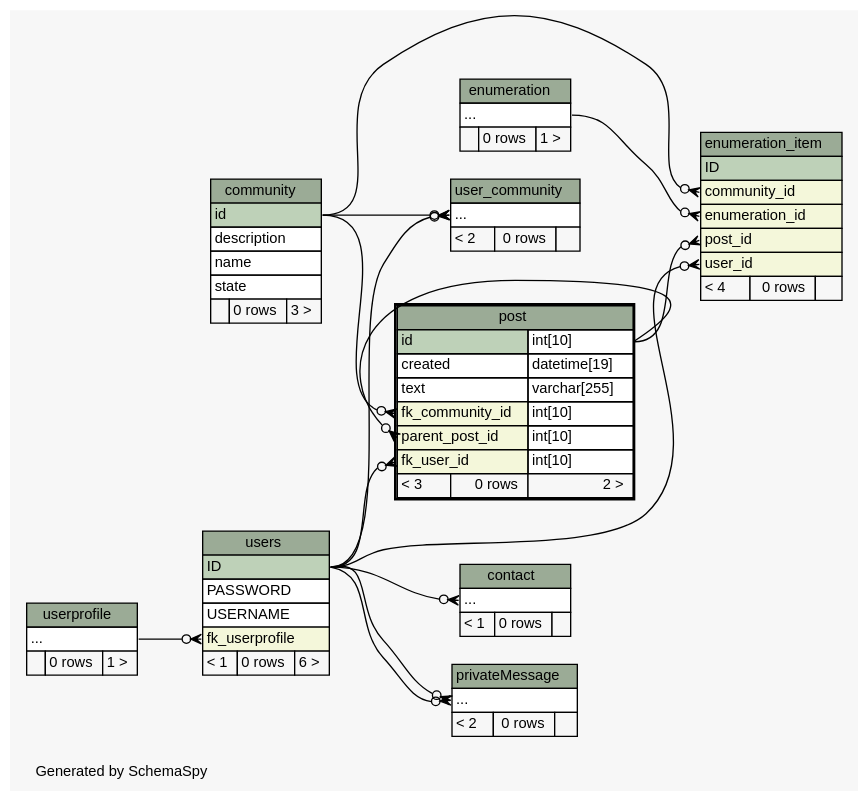
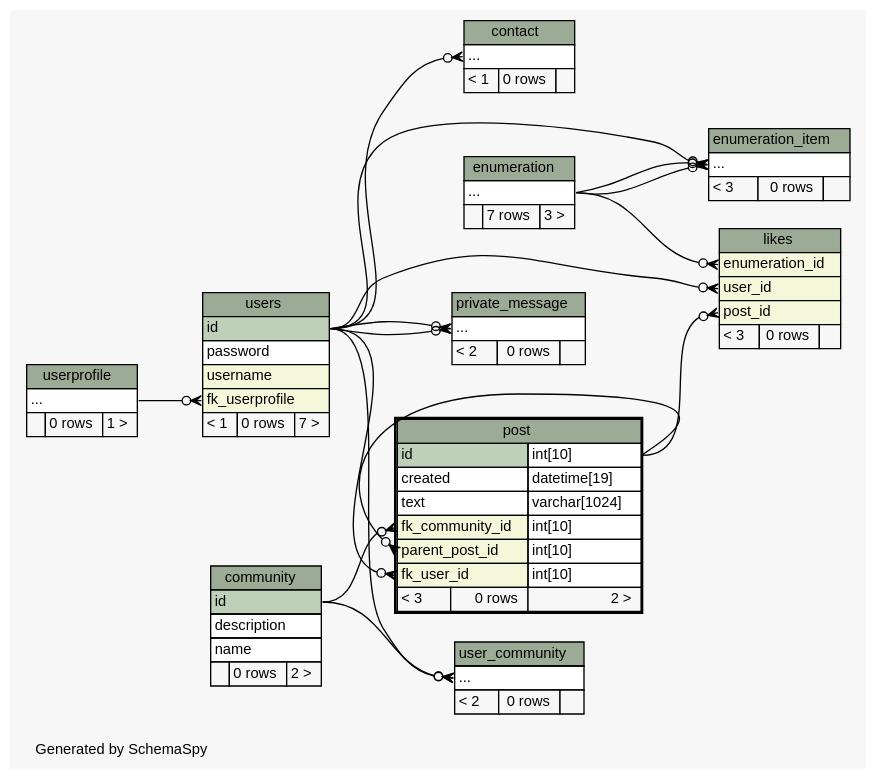
The diagram in doc/db_schema/diagrams/post.2degrees.dot (chr-krenn/chr-krenn-fhj-ws2017-sd17-pse), drawn with Graphviz before and after one commit. The commit also changed 65 other files, not shown here.

```diff
--- a/doc/db_schema/diagrams/post.2degrees.dot
+++ b/doc/db_schema/diagrams/post.2degrees.dot
@@ -1,140 +1,149 @@
 // dot 2.40.1 on Linux 4.12.5-300.fc26.x86_64
 // SchemaSpy rev 590
 digraph "twoDegreesRelationshipsDiagram" {
   graph [
     rankdir="RL"
     bgcolor="#f7f7f7"
     label="\nGenerated by SchemaSpy"
     labeljust="l"
     nodesep="0.18"
     ranksep="0.46"
     fontname="Helvetica"
     fontsize="11"
   ];
   node [
     fontname="Helvetica"
     fontsize="11"
     shape="plaintext"
   ];
   edge [
     arrowsize="0.8"
   ];
-  "contact":"elipses":w -> "users":"ID":e [arrowhead=none dir=back arrowtail=crowodot];
-  "enumeration_item":"community_id":w -> "community":"id":e [arrowhead=none dir=back arrowtail=crowodot];
-  "enumeration_item":"enumeration_id":w -> "enumeration":"elipses":e [arrowhead=none dir=back arrowtail=crowodot];
-  "enumeration_item":"post_id":w -> "post":"id.type":e [arrowhead=none dir=back arrowtail=crowodot];
-  "enumeration_item":"user_id":w -> "users":"ID":e [arrowhead=none dir=back arrowtail=crowodot];
+  "contact":"elipses":w -> "users":"id":e [arrowhead=none dir=back arrowtail=crowodot];
+  "enumeration_item":"elipses":w -> "users":"id":e [arrowhead=none dir=back arrowtail=crowodot];
+  "enumeration_item":"elipses":w -> "enumeration":"elipses":e [arrowhead=none dir=back arrowtail=crowodot];
+  "enumeration_item":"elipses":w -> "enumeration":"elipses":e [arrowhead=none dir=back arrowtail=crowodot];
+  "likes":"enumeration_id":w -> "enumeration":"elipses":e [arrowhead=none dir=back arrowtail=crowodot];
+  "likes":"post_id":w -> "post":"id.type":e [arrowhead=none dir=back arrowtail=crowodot];
+  "likes":"user_id":w -> "users":"id":e [arrowhead=none dir=back arrowtail=crowodot];
   "post":"fk_community_id":w -> "community":"id":e [arrowhead=none dir=back arrowtail=crowodot];
-  "post":"fk_user_id":w -> "users":"ID":e [arrowhead=none dir=back arrowtail=crowodot];
+  "post":"fk_user_id":w -> "users":"id":e [arrowhead=none dir=back arrowtail=crowodot];
   "post":"parent_post_id":w -> "post":"id.type":e [arrowhead=none dir=back arrowtail=crowodot];
-  "privateMessage":"elipses":w -> "users":"ID":e [arrowhead=none dir=back arrowtail=crowodot];
-  "privateMessage":"elipses":w -> "users":"ID":e [arrowhead=none dir=back arrowtail=crowodot];
-  "user_community":"elipses":w -> "users":"ID":e [arrowhead=none dir=back arrowtail=crowodot];
+  "private_message":"elipses":w -> "users":"id":e [arrowhead=none dir=back arrowtail=crowodot];
+  "private_message":"elipses":w -> "users":"id":e [arrowhead=none dir=back arrowtail=crowodot];
+  "user_community":"elipses":w -> "users":"id":e [arrowhead=none dir=back arrowtail=crowodot];
   "user_community":"elipses":w -> "community":"id":e [arrowhead=none dir=back arrowtail=crowodot];
   "users":"fk_userprofile":w -> "userprofile":"elipses":e [arrowhead=none dir=back arrowtail=crowodot];
   "community" [
     label=<
     <TABLE BORDER="0" CELLBORDER="1" CELLSPACING="0" BGCOLOR="#ffffff">
       <TR><TD COLSPAN="3" BGCOLOR="#9bab96" ALIGN="CENTER">community</TD></TR>
       <TR><TD PORT="id" COLSPAN="3" BGCOLOR="#bed1b8" ALIGN="LEFT">id</TD></TR>
       <TR><TD PORT="description" COLSPAN="3" ALIGN="LEFT">description</TD></TR>
       <TR><TD PORT="name" COLSPAN="3" ALIGN="LEFT">name</TD></TR>
-      <TR><TD PORT="state" COLSPAN="3" ALIGN="LEFT">state</TD></TR>
-      <TR><TD ALIGN="LEFT" BGCOLOR="#f7f7f7">  </TD><TD ALIGN="RIGHT" BGCOLOR="#f7f7f7">0 rows</TD><TD ALIGN="RIGHT" BGCOLOR="#f7f7f7">3 &gt;</TD></TR>
+      <TR><TD ALIGN="LEFT" BGCOLOR="#f7f7f7">  </TD><TD ALIGN="RIGHT" BGCOLOR="#f7f7f7">0 rows</TD><TD ALIGN="RIGHT" BGCOLOR="#f7f7f7">2 &gt;</TD></TR>
     </TABLE>>
     URL="community.html"
     tooltip="community"
   ];
   "contact" [
     label=<
     <TABLE BORDER="0" CELLBORDER="1" CELLSPACING="0" BGCOLOR="#ffffff">
       <TR><TD COLSPAN="3" BGCOLOR="#9bab96" ALIGN="CENTER">contact</TD></TR>
       <TR><TD PORT="elipses" COLSPAN="3" ALIGN="LEFT">...</TD></TR>
       <TR><TD ALIGN="LEFT" BGCOLOR="#f7f7f7">&lt; 1</TD><TD ALIGN="RIGHT" BGCOLOR="#f7f7f7">0 rows</TD><TD ALIGN="RIGHT" BGCOLOR="#f7f7f7">  </TD></TR>
     </TABLE>>
     URL="contact.html"
     tooltip="contact"
   ];
   "enumeration" [
     label=<
     <TABLE BORDER="0" CELLBORDER="1" CELLSPACING="0" BGCOLOR="#ffffff">
       <TR><TD COLSPAN="3" BGCOLOR="#9bab96" ALIGN="CENTER">enumeration</TD></TR>
       <TR><TD PORT="elipses" COLSPAN="3" ALIGN="LEFT">...</TD></TR>
-      <TR><TD ALIGN="LEFT" BGCOLOR="#f7f7f7">  </TD><TD ALIGN="RIGHT" BGCOLOR="#f7f7f7">0 rows</TD><TD ALIGN="RIGHT" BGCOLOR="#f7f7f7">1 &gt;</TD></TR>
+      <TR><TD ALIGN="LEFT" BGCOLOR="#f7f7f7">  </TD><TD ALIGN="RIGHT" BGCOLOR="#f7f7f7">7 rows</TD><TD ALIGN="RIGHT" BGCOLOR="#f7f7f7">3 &gt;</TD></TR>
     </TABLE>>
     URL="enumeration.html"
     tooltip="enumeration"
   ];
   "enumeration_item" [
     label=<
     <TABLE BORDER="0" CELLBORDER="1" CELLSPACING="0" BGCOLOR="#ffffff">
       <TR><TD COLSPAN="3" BGCOLOR="#9bab96" ALIGN="CENTER">enumeration_item</TD></TR>
-      <TR><TD PORT="ID" COLSPAN="3" BGCOLOR="#bed1b8" ALIGN="LEFT">ID</TD></TR>
-      <TR><TD PORT="community_id" COLSPAN="3" BGCOLOR="#f4f7da" ALIGN="LEFT">community_id</TD></TR>
-      <TR><TD PORT="enumeration_id" COLSPAN="3" BGCOLOR="#f4f7da" ALIGN="LEFT">enumeration_id</TD></TR>
-      <TR><TD PORT="post_id" COLSPAN="3" BGCOLOR="#f4f7da" ALIGN="LEFT">post_id</TD></TR>
-      <TR><TD PORT="user_id" COLSPAN="3" BGCOLOR="#f4f7da" ALIGN="LEFT">user_id</TD></TR>
-      <TR><TD ALIGN="LEFT" BGCOLOR="#f7f7f7">&lt; 4</TD><TD ALIGN="RIGHT" BGCOLOR="#f7f7f7">0 rows</TD><TD ALIGN="RIGHT" BGCOLOR="#f7f7f7">  </TD></TR>
+      <TR><TD PORT="elipses" COLSPAN="3" ALIGN="LEFT">...</TD></TR>
+      <TR><TD ALIGN="LEFT" BGCOLOR="#f7f7f7">&lt; 3</TD><TD ALIGN="RIGHT" BGCOLOR="#f7f7f7">0 rows</TD><TD ALIGN="RIGHT" BGCOLOR="#f7f7f7">  </TD></TR>
     </TABLE>>
     URL="enumeration_item.html"
     tooltip="enumeration_item"
+  ];
+  "likes" [
+    label=<
+    <TABLE BORDER="0" CELLBORDER="1" CELLSPACING="0" BGCOLOR="#ffffff">
+      <TR><TD COLSPAN="3" BGCOLOR="#9bab96" ALIGN="CENTER">likes</TD></TR>
+      <TR><TD PORT="enumeration_id" COLSPAN="3" BGCOLOR="#f4f7da" ALIGN="LEFT">enumeration_id</TD></TR>
+      <TR><TD PORT="user_id" COLSPAN="3" BGCOLOR="#f4f7da" ALIGN="LEFT">user_id</TD></TR>
+      <TR><TD PORT="post_id" COLSPAN="3" BGCOLOR="#f4f7da" ALIGN="LEFT">post_id</TD></TR>
+      <TR><TD ALIGN="LEFT" BGCOLOR="#f7f7f7">&lt; 3</TD><TD ALIGN="RIGHT" BGCOLOR="#f7f7f7">0 rows</TD><TD ALIGN="RIGHT" BGCOLOR="#f7f7f7">  </TD></TR>
+    </TABLE>>
+    URL="likes.html"
+    tooltip="likes"
   ];
   "post" [
     label=<
     <TABLE BORDER="2" CELLBORDER="1" CELLSPACING="0" BGCOLOR="#ffffff">
       <TR><TD COLSPAN="3" BGCOLOR="#9bab96" ALIGN="CENTER">post</TD></TR>
       <TR><TD PORT="id" COLSPAN="2" BGCOLOR="#bed1b8" ALIGN="LEFT">id</TD><TD PORT="id.type" ALIGN="LEFT">int[10]</TD></TR>
       <TR><TD PORT="created" COLSPAN="2" ALIGN="LEFT">created</TD><TD PORT="created.type" ALIGN="LEFT">datetime[19]</TD></TR>
-      <TR><TD PORT="text" COLSPAN="2" ALIGN="LEFT">text</TD><TD PORT="text.type" ALIGN="LEFT">varchar[255]</TD></TR>
+      <TR><TD PORT="text" COLSPAN="2" ALIGN="LEFT">text</TD><TD PORT="text.type" ALIGN="LEFT">varchar[1024]</TD></TR>
       <TR><TD PORT="fk_community_id" COLSPAN="2" BGCOLOR="#f4f7da" ALIGN="LEFT">fk_community_id</TD><TD PORT="fk_community_id.type" ALIGN="LEFT">int[10]</TD></TR>
       <TR><TD PORT="parent_post_id" COLSPAN="2" BGCOLOR="#f4f7da" ALIGN="LEFT">parent_post_id</TD><TD PORT="parent_post_id.type" ALIGN="LEFT">int[10]</TD></TR>
       <TR><TD PORT="fk_user_id" COLSPAN="2" BGCOLOR="#f4f7da" ALIGN="LEFT">fk_user_id</TD><TD PORT="fk_user_id.type" ALIGN="LEFT">int[10]</TD></TR>
       <TR><TD ALIGN="LEFT" BGCOLOR="#f7f7f7">&lt; 3</TD><TD ALIGN="RIGHT" BGCOLOR="#f7f7f7">0 rows</TD><TD ALIGN="RIGHT" BGCOLOR="#f7f7f7">2 &gt;</TD></TR>
     </TABLE>>
     URL="post.html"
     tooltip="post"
   ];
-  "privateMessage" [
+  "private_message" [
     label=<
     <TABLE BORDER="0" CELLBORDER="1" CELLSPACING="0" BGCOLOR="#ffffff">
-      <TR><TD COLSPAN="3" BGCOLOR="#9bab96" ALIGN="CENTER">privateMessage</TD></TR>
+      <TR><TD COLSPAN="3" BGCOLOR="#9bab96" ALIGN="CENTER">private_message</TD></TR>
       <TR><TD PORT="elipses" COLSPAN="3" ALIGN="LEFT">...</TD></TR>
       <TR><TD ALIGN="LEFT" BGCOLOR="#f7f7f7">&lt; 2</TD><TD ALIGN="RIGHT" BGCOLOR="#f7f7f7">0 rows</TD><TD ALIGN="RIGHT" BGCOLOR="#f7f7f7">  </TD></TR>
     </TABLE>>
-    URL="privateMessage.html"
-    tooltip="privateMessage"
+    URL="private_message.html"
+    tooltip="private_message"
   ];
   "user_community" [
     label=<
     <TABLE BORDER="0" CELLBORDER="1" CELLSPACING="0" BGCOLOR="#ffffff">
       <TR><TD COLSPAN="3" BGCOLOR="#9bab96" ALIGN="CENTER">user_community</TD></TR>
       <TR><TD PORT="elipses" COLSPAN="3" ALIGN="LEFT">...</TD></TR>
       <TR><TD ALIGN="LEFT" BGCOLOR="#f7f7f7">&lt; 2</TD><TD ALIGN="RIGHT" BGCOLOR="#f7f7f7">0 rows</TD><TD ALIGN="RIGHT" BGCOLOR="#f7f7f7">  </TD></TR>
     </TABLE>>
     URL="user_community.html"
     tooltip="user_community"
   ];
   "userprofile" [
     label=<
     <TABLE BORDER="0" CELLBORDER="1" CELLSPACING="0" BGCOLOR="#ffffff">
       <TR><TD COLSPAN="3" BGCOLOR="#9bab96" ALIGN="CENTER">userprofile</TD></TR>
       <TR><TD PORT="elipses" COLSPAN="3" ALIGN="LEFT">...</TD></TR>
       <TR><TD ALIGN="LEFT" BGCOLOR="#f7f7f7">  </TD><TD ALIGN="RIGHT" BGCOLOR="#f7f7f7">0 rows</TD><TD ALIGN="RIGHT" BGCOLOR="#f7f7f7">1 &gt;</TD></TR>
     </TABLE>>
     URL="userprofile.html"
     tooltip="userprofile"
   ];
   "users" [
     label=<
     <TABLE BORDER="0" CELLBORDER="1" CELLSPACING="0" BGCOLOR="#ffffff">
       <TR><TD COLSPAN="3" BGCOLOR="#9bab96" ALIGN="CENTER">users</TD></TR>
-      <TR><TD PORT="ID" COLSPAN="3" BGCOLOR="#bed1b8" ALIGN="LEFT">ID</TD></TR>
-      <TR><TD PORT="PASSWORD" COLSPAN="3" ALIGN="LEFT">PASSWORD</TD></TR>
-      <TR><TD PORT="USERNAME" COLSPAN="3" ALIGN="LEFT">USERNAME</TD></TR>
+      <TR><TD PORT="id" COLSPAN="3" BGCOLOR="#bed1b8" ALIGN="LEFT">id</TD></TR>
+      <TR><TD PORT="password" COLSPAN="3" ALIGN="LEFT">password</TD></TR>
+      <TR><TD PORT="username" COLSPAN="3" BGCOLOR="#f4f7da" ALIGN="LEFT">username</TD></TR>
       <TR><TD PORT="fk_userprofile" COLSPAN="3" BGCOLOR="#f4f7da" ALIGN="LEFT">fk_userprofile</TD></TR>
-      <TR><TD ALIGN="LEFT" BGCOLOR="#f7f7f7">&lt; 1</TD><TD ALIGN="RIGHT" BGCOLOR="#f7f7f7">0 rows</TD><TD ALIGN="RIGHT" BGCOLOR="#f7f7f7">6 &gt;</TD></TR>
+      <TR><TD ALIGN="LEFT" BGCOLOR="#f7f7f7">&lt; 1</TD><TD ALIGN="RIGHT" BGCOLOR="#f7f7f7">0 rows</TD><TD ALIGN="RIGHT" BGCOLOR="#f7f7f7">7 &gt;</TD></TR>
     </TABLE>>
     URL="users.html"
     tooltip="users"
   ];
 }
```
